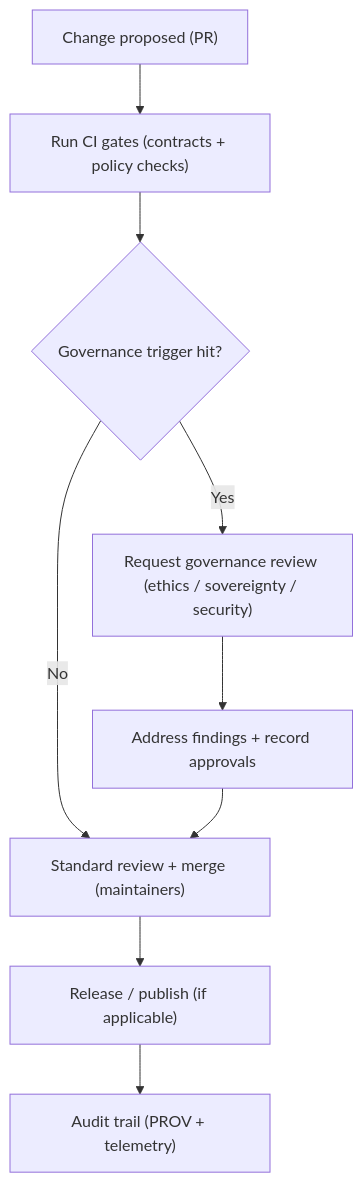
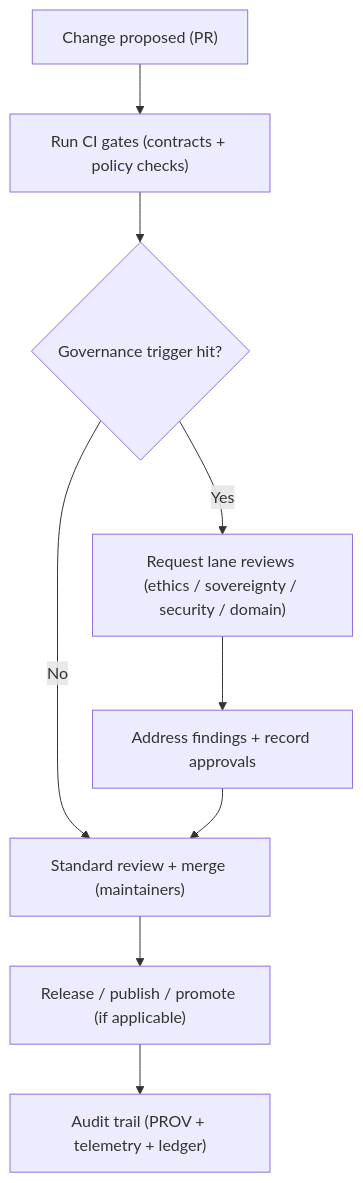
Before and after one commit to bartytime4life/Kansas-Frontier-Matrix: the first of 2 diagrams in docs/governance/README.md, drawn with Mermaid. The commit also changed other lines of this file, not shown here.

```diff
--- a/docs/governance/README.md
+++ b/docs/governance/README.md
@@ -249,11 +260,11 @@
 ~~~mermaid
 flowchart TD
   A["Change proposed (PR)"] --> B["Run CI gates (contracts + policy checks)"]
   B --> C{"Governance trigger hit?"}
   C -- "No" --> D["Standard review + merge (maintainers)"]
-  C -- "Yes" --> E["Request governance review (ethics / sovereignty / security)"]
+  C -- "Yes" --> E["Request lane reviews (ethics / sovereignty / security / domain)"]
   E --> F["Address findings + record approvals"]
   F --> D
-  D --> G["Release / publish (if applicable)"]
-  G --> H["Audit trail (PROV + telemetry)"]
+  D --> G["Release / publish / promote (if applicable)"]
+  G --> H["Audit trail (PROV + telemetry + ledger)"]
 ~~~
```
